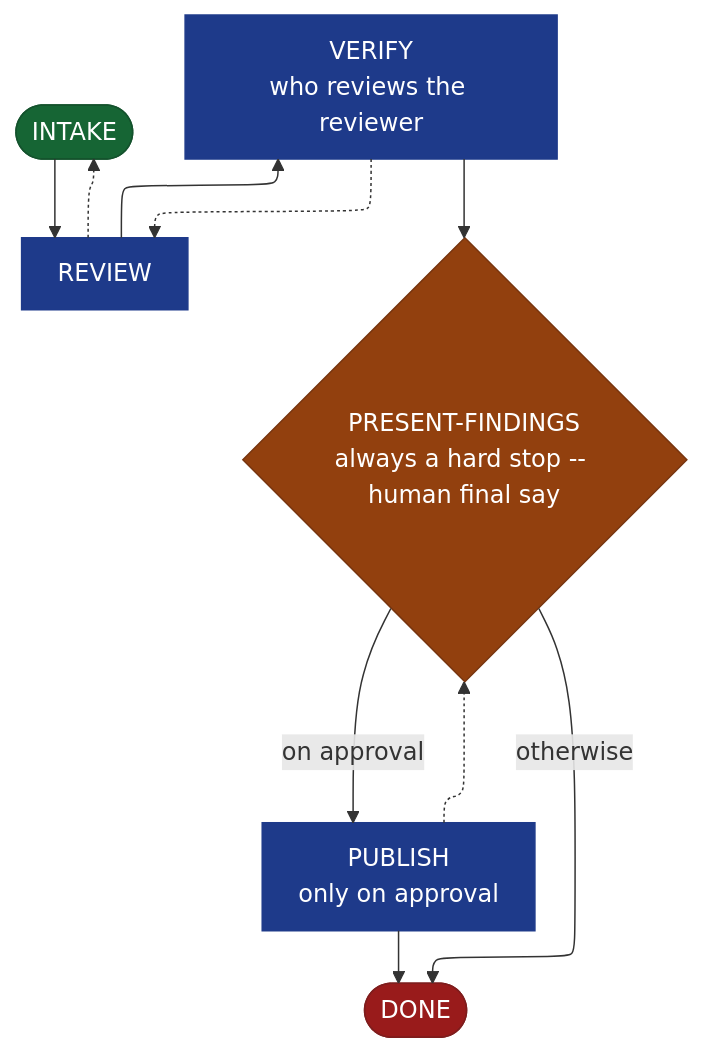
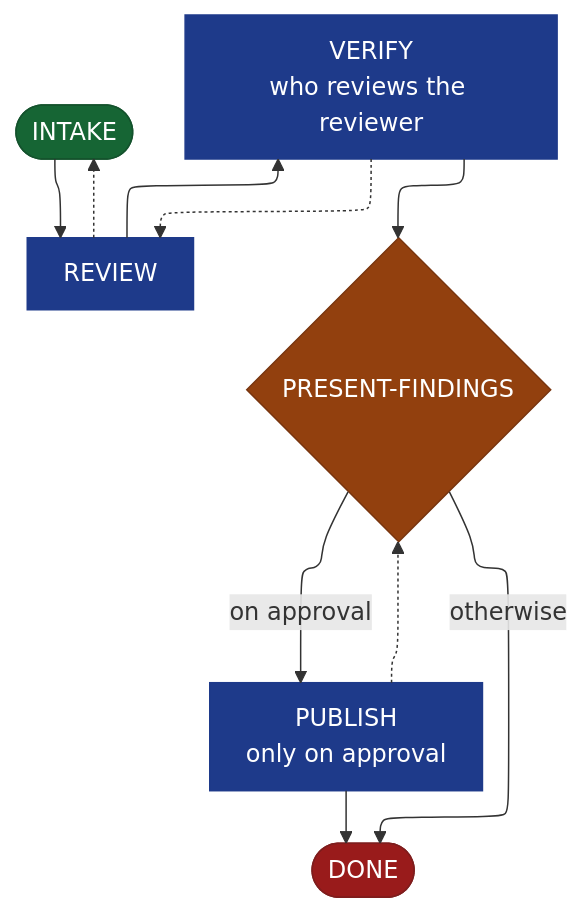
Before and after one commit to AndreVianna/aid-methodology: the diagram in site/src/content/docs/skills/aid-review.md, drawn with Mermaid. The commit also changed 11 other files, not shown here.

````diff
--- a/site/src/content/docs/skills/aid-review.md
+++ b/site/src/content/docs/skills/aid-review.md
@@ -20,45 +20,45 @@
 ```mermaid
 ---
 config:
   layout: elk
   flowchart:
     nodeSpacing: 55
     rankSpacing: 65
     padding: 12
     useMaxWidth: true
 ---
 flowchart TB
   classDef aidNode color:#fff
   classDef aidEntry fill:#166534,stroke:#14532d,color:#fff
   classDef aidExit fill:#991b1b,stroke:#7f1d1d,color:#fff
   classDef aidDecision fill:#92400e,stroke:#78350f,color:#fff
   classDef aidLoopBack fill:#1e3a8a,stroke:#1e3a8a,color:#fff
   classDef aidStep fill:#1a2035,stroke:#d4a853,color:#f1f5f9
   n1(["INTAKE"])
   n2["REVIEW"]
   n3["VERIFY<br/>who reviews the reviewer"]
-  n4{"PRESENT-FINDINGS<br/>always a hard stop -- human final say"}
+  n4{"PRESENT-FINDINGS"}
   n5["PUBLISH<br/>only on approval"]
   n6(["DONE"])
   n1 --> n2
   n2 -.-> n1
   n2 --> n3
   n3 -.-> n2
   n3 --> n4
   n4 -->|"on approval"| n5
   n4 -->|"otherwise"| n6
   n5 -.-> n4
   n5 --> n6
   class n1 aidEntry
   class n2 aidLoopBack
   class n3 aidLoopBack
   class n4 aidDecision
   class n5 aidLoopBack
   class n6 aidExit
   class n1 aidNode
   class n2 aidNode
   class n3 aidNode
   class n4 aidNode
   class n5 aidNode
   class n6 aidNode
 ```
````
